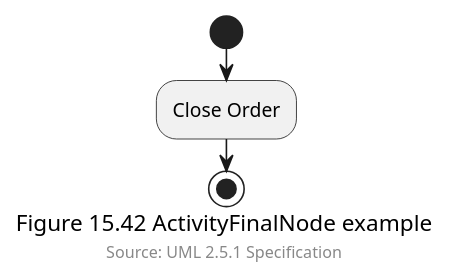
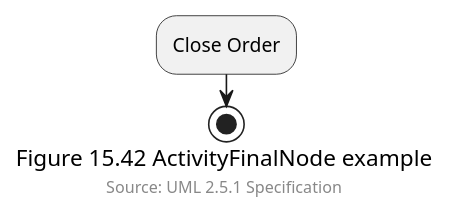
One commit to masmangan/uml-activity-object-flow changed the diagram in figure-15-42.puml. Above: the diagram before and after it, drawn with PlantUML.

Commit message:
Update figure-15-42.puml
Related to #1

```diff
--- a/figure-15-42.puml
+++ b/figure-15-42.puml
@@ -1,7 +1,6 @@
 @startuml
-start
 :Close Order;
 stop
 caption Figure 15.42 ActivityFinalNode example
 footer Source: UML 2.5.1 Specification
 @enduml
```
